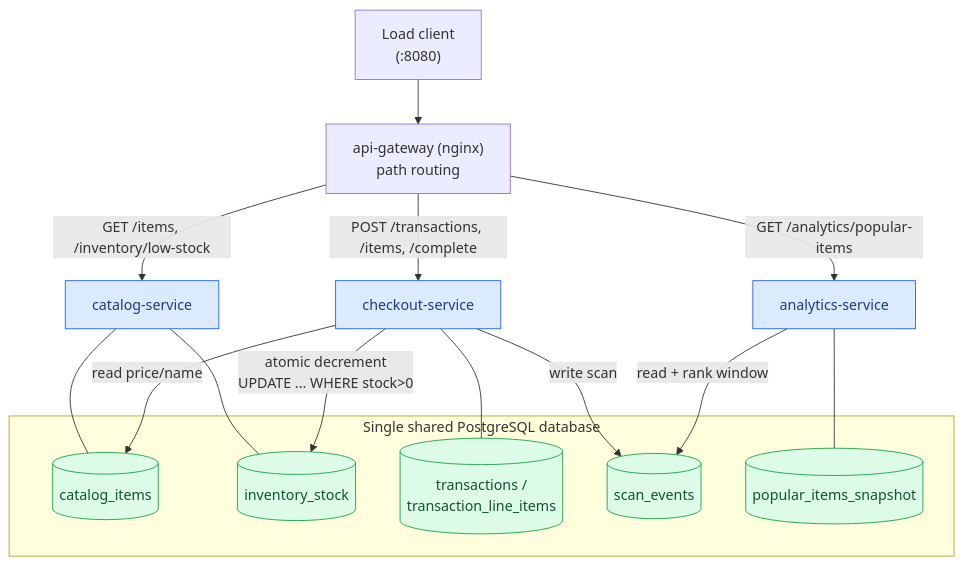
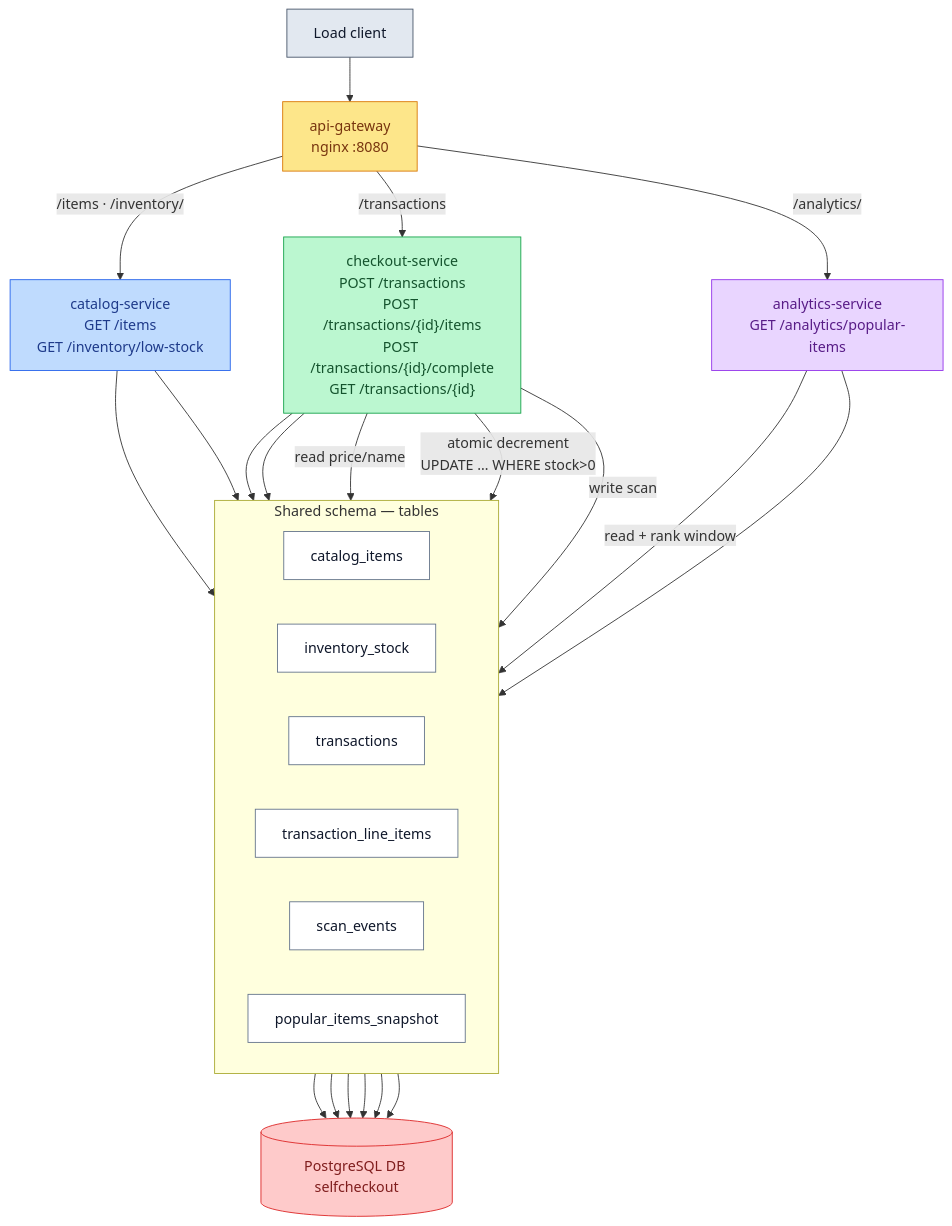
Before and after one commit to lingeorge88/CS6510-2026: the first of 2 diagrams in service-based/README.md, drawn with Mermaid. The commit also changed other lines of this file and 25 other files, not shown here.

````diff
--- a/service-based/README.md
+++ b/service-based/README.md
@@ -24,30 +35,43 @@
 ```mermaid
 flowchart TB
-    client["Load client\n(:8080)"] --> gw["api-gateway (nginx)\npath routing"]
+    client["Load client"]:::ext --> gw["api-gateway<br/>nginx :8080"]:::gw
 
-    gw -->|GET /items, /inventory/low-stock| cat["catalog-service"]
-    gw -->|POST /transactions, /items, /complete| chk["checkout-service"]
-    gw -->|GET /analytics/popular-items| ana["analytics-service"]
+    gw -->|"/items · /inventory/"| cat["catalog-service<br/>GET /items<br/>GET /inventory/low-stock"]:::cat
+    gw -->|"/transactions"| chk["checkout-service<br/>POST /transactions<br/>POST /transactions/{id}/items<br/>POST /transactions/{id}/complete<br/>GET /transactions/{id}"]:::chk
+    gw -->|"/analytics/"| ana["analytics-service<br/>GET /analytics/popular-items"]:::ana
 
-    subgraph db["Single shared PostgreSQL database"]
-        t_cat[("catalog_items")]
-        t_inv[("inventory_stock")]
-        t_tx[("transactions /\ntransaction_line_items")]
-        t_scan[("scan_events")]
-        t_snap[("popular_items_snapshot")]
+    subgraph schema["Shared schema — tables"]
+        direction LR
+        t_cat["catalog_items"]:::tbl
+        t_inv["inventory_stock"]:::tbl
+        t_tx["transactions"]:::tbl
+        t_li["transaction_line_items"]:::tbl
+        t_scan["scan_events"]:::tbl
+        t_snap["popular_items_snapshot"]:::tbl
     end
 
-    cat --- t_cat
-    cat --- t_inv
-    chk --- t_tx
-    chk -->|read price/name| t_cat
-    chk -->|atomic decrement\nUPDATE ... WHERE stock>0| t_inv
-    chk -->|write scan| t_scan
-    ana -->|read + rank window| t_scan
-    ana --- t_snap
+    cat --> t_cat
+    cat --> t_inv
+    chk --> t_tx
+    chk --> t_li
+    chk -->|"read price/name"| t_cat
+    chk -->|"atomic decrement<br/>UPDATE … WHERE stock>0"| t_inv
+    chk -->|"write scan"| t_scan
+    ana -->|"read + rank window"| t_scan
+    ana --> t_snap
 
-    classDef svc fill:#dbeafe,stroke:#2563eb,color:#1e3a8a;
-    classDef store fill:#dcfce7,stroke:#16a34a,color:#14532d;
-    class cat,chk,ana svc;
-    class t_cat,t_inv,t_tx,t_scan,t_snap store;
+    t_cat --> pg[("PostgreSQL DB selfcheckout")]:::db
+    t_inv --> pg
+    t_tx --> pg
+    t_li --> pg
+    t_scan --> pg
+    t_snap --> pg
+
+    classDef ext fill:#e2e8f0,stroke:#475569,color:#0f172a;
+    classDef gw  fill:#fde68a,stroke:#d97706,color:#78350f;
+    classDef cat fill:#bfdbfe,stroke:#2563eb,color:#1e3a8a;
+    classDef chk fill:#bbf7d0,stroke:#16a34a,color:#14532d;
+    classDef ana fill:#e9d5ff,stroke:#9333ea,color:#581c87;
+    classDef tbl fill:#ffffff,stroke:#64748b,color:#0f172a;
+    classDef db  fill:#fecaca,stroke:#dc2626,color:#7f1d1d;
 ```
````
